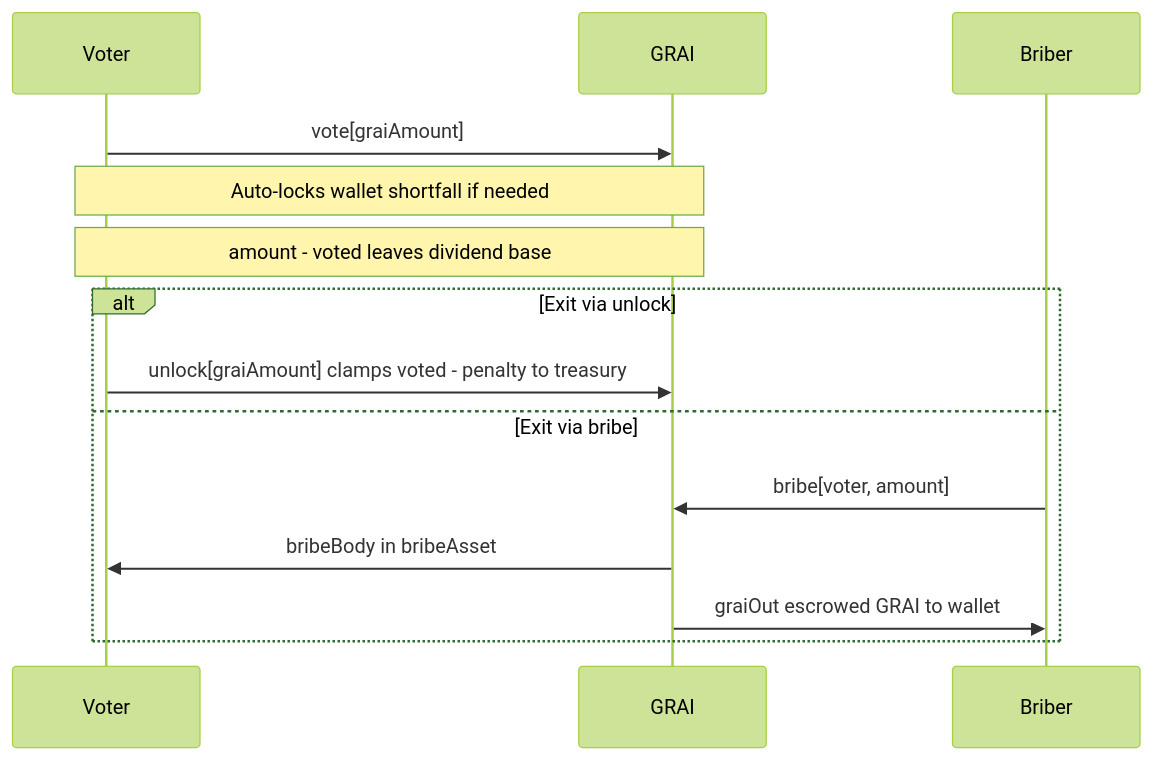
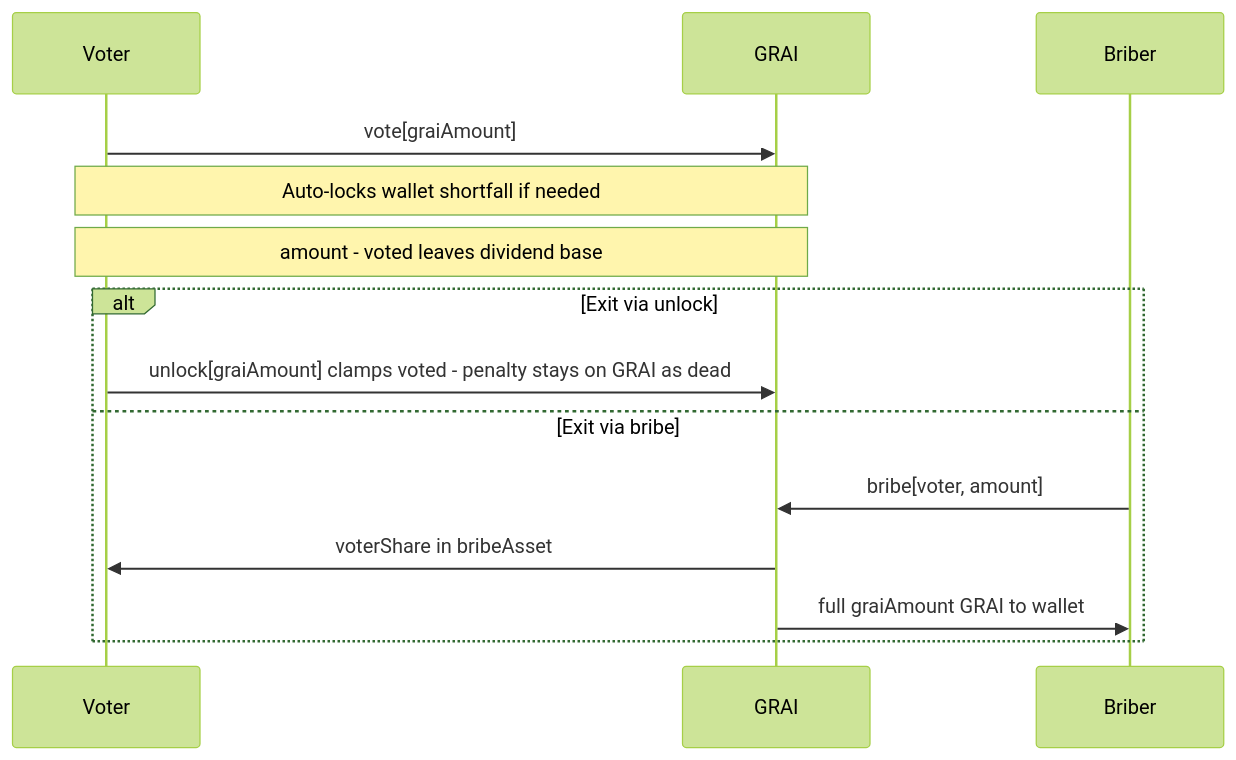
The third of 5 diagrams in docs/TOKENOMICS.md (grindurus/grindurus-evm), drawn with Mermaid (forest theme) before and after one commit. The commit also changed other lines of this file, not shown here.

````diff
--- a/docs/TOKENOMICS.md
+++ b/docs/TOKENOMICS.md
@@ -190,18 +206,18 @@
 ```mermaid
 sequenceDiagram
     participant V as Voter
     participant G as GRAI
     participant B as Briber
 
     V->>G: vote[graiAmount]
     Note over V,G: Auto-locks wallet shortfall if needed
     Note over V,G: amount - voted leaves dividend base
 
     alt Exit via unlock
-        V->>G: unlock[graiAmount] clamps voted - penalty to treasury
+        V->>G: unlock[graiAmount] clamps voted - penalty stays on GRAI as dead
     else Exit via bribe
         B->>G: bribe[voter, amount]
-        G->>V: bribeBody in bribeAsset
-        G->>B: graiOut escrowed GRAI to wallet
+        G->>V: voterShare in bribeAsset
+        G->>B: full graiAmount GRAI to wallet
     end
 ```
````
